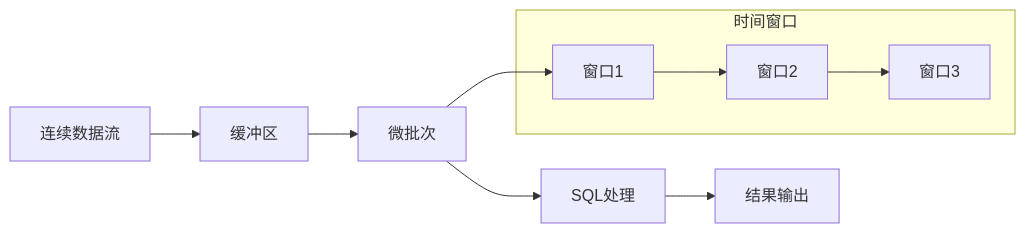
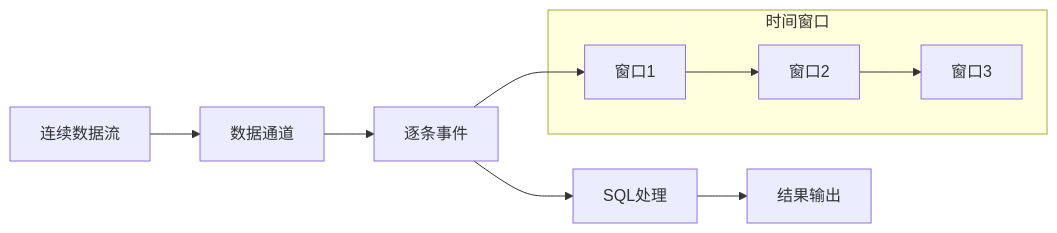
The second of 10 diagrams in docs/03.StreamSQL/03.核心概念.md (rulego/rulego-doc), drawn with Mermaid before and after one commit. The commit also changed other lines of this file and 7 other files, not shown here.

````diff
--- a/docs/03.StreamSQL/03.核心概念.md
+++ b/docs/03.StreamSQL/03.核心概念.md
@@ -49,13 +49,13 @@
 ```mermaid
 graph LR
-    A[连续数据流] --> B[缓冲区]
-    B --> C[微批次]
+    A[连续数据流] --> B[数据通道]
+    B --> C[逐条事件]
     C --> D[SQL处理]
     D --> E[结果输出]
     
     subgraph "时间窗口"
         F[窗口1] --> G[窗口2] --> H[窗口3]
     end
     
     C --> F
 ```
````
